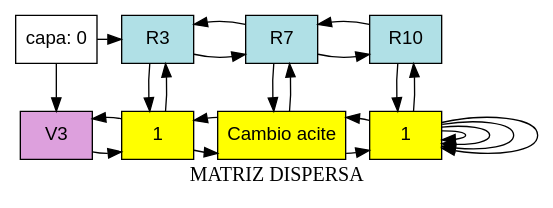
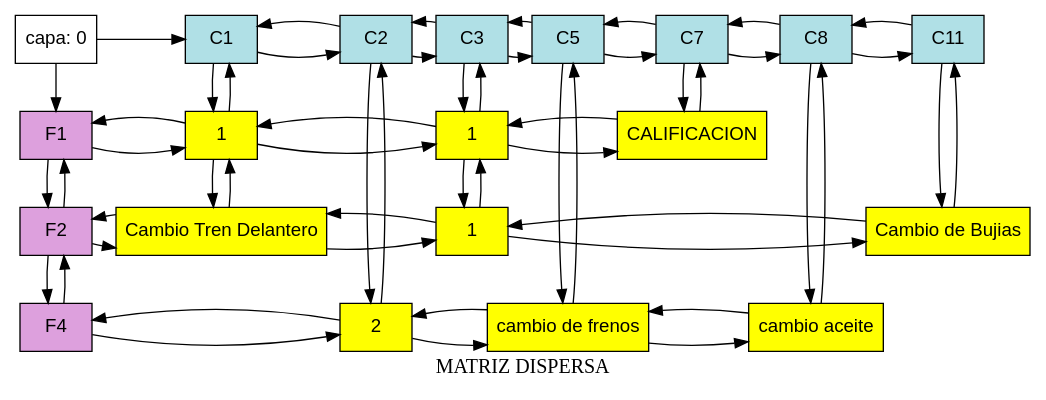
The diagram in Fase_1/AutoGestPro/AutoGestPro/bin/Debug/net9.0/reporte_Bitácora.dot (Santiago78op/EDD_1S2025_201905884), drawn with Graphviz before and after one commit. The commit also changed 33 other files, not shown here.

```diff
--- a/Fase_1/AutoGestPro/AutoGestPro/bin/Debug/net9.0/reporte_Bitácora.dot
+++ b/Fase_1/AutoGestPro/AutoGestPro/bin/Debug/net9.0/reporte_Bitácora.dot
@@ -1,40 +1,85 @@
 digraph T{ 
-node[shape=box fontname="Arial" fillcolor="white" style=filled ]
-root[label = "capa: 0", group=1]
+node[shape=box fontname="Arial" fillcolor="white" style=filled ];
+root[label = "capa: 0", group=1];
 label = "MATRIZ DISPERSA" 
 fontname="Arial Black" 
 fontsize="15pt" 
 
-V3[label="V3",fillcolor="plum",group=1];
-R3[label="R3",fillcolor="powderblue",group=4];
-R7[label="R7",fillcolor="powderblue",group=8];
-R10[label="R10",fillcolor="powderblue",group=11];
-R3->R7;
-R7->R3;
-R7->R10;
-R10->R7;
-root->V3;
- root->R3;
-{rank=same;root;R3;R7;R10;}
-N3_3[label="1",group="4", fillcolor="yellow"];
-N3_7[label="Cambio acite",group="8", fillcolor="yellow"];
-N3_10[label="1",group="11", fillcolor="yellow"];
-N3_10[label="1",group="11", fillcolor="yellow"];
-V3->N3_3;
-N3_3->V3;
-N3_3->N3_7;
-N3_7->N3_3;
-N3_7->N3_10;
-N3_10->N3_7;
-N3_10->N3_10;
-N3_10->N3_10;
-{rank = same;V3;N3_3;N3_7;N3_10;N3_10;}
-R3->N3_3;
-N3_3->R3;
-R7->N3_7;
-N3_7->R7;
-R10->N3_10;
-N3_10->R10;
-N3_10->N3_10;
-N3_10->N3_10;
+F1[label="F1",fillcolor="plum",group=1];
+F2[label="F2",fillcolor="plum",group=1];
+F4[label="F4",fillcolor="plum",group=1];
+F1->F2;
+F2->F1;
+F2->F4;
+F4->F2;
+C1[label="C1",fillcolor="powderblue",group=2];
+C2[label="C2",fillcolor="powderblue",group=3];
+C3[label="C3",fillcolor="powderblue",group=4];
+C5[label="C5",fillcolor="powderblue",group=6];
+C7[label="C7",fillcolor="powderblue",group=8];
+C8[label="C8",fillcolor="powderblue",group=9];
+C11[label="C11",fillcolor="powderblue",group=12];
+C1->C2;
+C2->C1;
+C2->C3;
+C3->C2;
+C3->C5;
+C5->C3;
+C5->C7;
+C7->C5;
+C7->C8;
+C8->C7;
+C8->C11;
+C11->C8;
+root->F1;
+ root->C1;
+{rank=same;root;C1;C2;C3;C5;C7;C8;C11;}
+N1_1[label="1",group="2", fillcolor="yellow"];
+N1_3[label="1",group="4", fillcolor="yellow"];
+N1_7[label="CALIFICACION",group="8", fillcolor="yellow"];
+N2_1[label="Cambio Tren Delantero",group="2", fillcolor="yellow"];
+N2_3[label="1",group="4", fillcolor="yellow"];
+N2_11[label="Cambio de Bujias",group="12", fillcolor="yellow"];
+N4_2[label="2",group="3", fillcolor="yellow"];
+N4_5[label="cambio de frenos",group="6", fillcolor="yellow"];
+N4_8[label="cambio aceite",group="9", fillcolor="yellow"];
+F1->N1_1;
+N1_1->F1;
+N1_1->N1_3;
+N1_3->N1_1;
+N1_3->N1_7;
+N1_7->N1_3;
+{rank = same;F1;N1_1;N1_3;N1_7;}
+F2->N2_1;
+N2_1->F2;
+N2_1->N2_3;
+N2_3->N2_1;
+N2_3->N2_11;
+N2_11->N2_3;
+{rank = same;F2;N2_1;N2_3;N2_11;}
+F4->N4_2;
+N4_2->F4;
+N4_2->N4_5;
+N4_5->N4_2;
+N4_5->N4_8;
+N4_8->N4_5;
+{rank = same;F4;N4_2;N4_5;N4_8;}
+C1->N1_1;
+N1_1->C1;
+N2_1->N1_1;
+N1_1->N2_1;
+C2->N4_2;
+N4_2->C2;
+C3->N1_3;
+N1_3->C3;
+N2_3->N1_3;
+N1_3->N2_3;
+C5->N4_5;
+N4_5->C5;
+C7->N1_7;
+N1_7->C7;
+C8->N4_8;
+N4_8->C8;
+C11->N2_11;
+N2_11->C11;
 }
```
